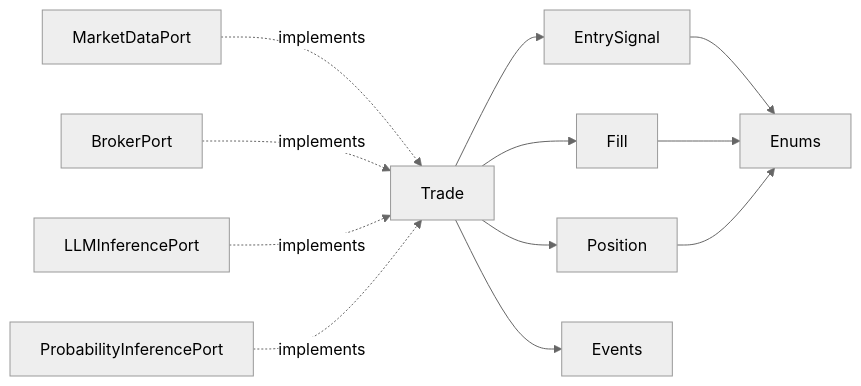
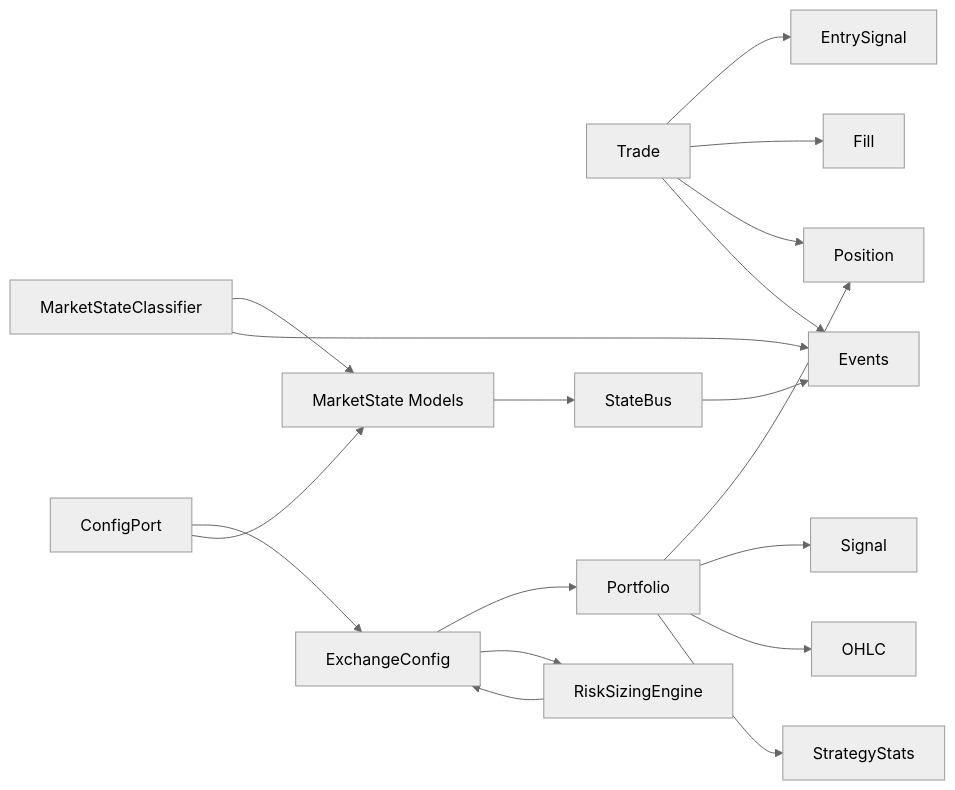
One commit to gemrajkhatry-maker/v5-of-glassytrade-ai changed diagram 15 of 15 in .qoder/repowiki/en/content/Architecture Deep Dive/Clean Architecture Layers/Domain Layer.md. Above: the diagram before and after it, drawn with Mermaid (neutral theme). The commit also changed other lines of this file and 930 other files, not shown here.

````diff
--- a/.qoder/repowiki/en/content/Architecture Deep Dive/Clean Architecture Layers/Domain Layer.md
+++ b/.qoder/repowiki/en/content/Architecture Deep Dive/Clean Architecture Layers/Domain Layer.md
@@ -620,14 +965,20 @@
 ```mermaid
 graph LR
 Trade["Trade"] --> EntrySignal["EntrySignal"]
 Trade --> Fill["Fill"]
 Trade --> Position["Position"]
 Trade --> Events["Events"]
-EntrySignal --> Enums["Enums"]
-Fill --> Enums
-Position --> Enums
-MarketDataPort["MarketDataPort"] -.implements.-> Trade
-BrokerPort["BrokerPort"] -.implements.-> Trade
-LLMInferencePort["LLMInferencePort"] -.implements.-> Trade
-ProbabilityInferencePort["ProbabilityInferencePort"] -.implements.-> Trade
+Portfolio["Portfolio"] --> Position
+Portfolio --> Signal["Signal"]
+Portfolio --> OHLC["OHLC"]
+Portfolio --> StrategyStats["StrategyStats"]
+ExchangeConfig["ExchangeConfig"] --> Portfolio
+ExchangeConfig --> RiskSizingEngine["RiskSizingEngine"]
+MarketState["MarketState Models"] --> StateBus["StateBus"]
+StateBus --> Events["Events"]
+RiskSizingEngine --> ExchangeConfig
+MarketStateClassifier["MarketStateClassifier"] --> MarketState
+MarketStateClassifier --> Events
+ConfigPort["ConfigPort"] --> ExchangeConfig
+ConfigPort --> MarketState
 ```
````
